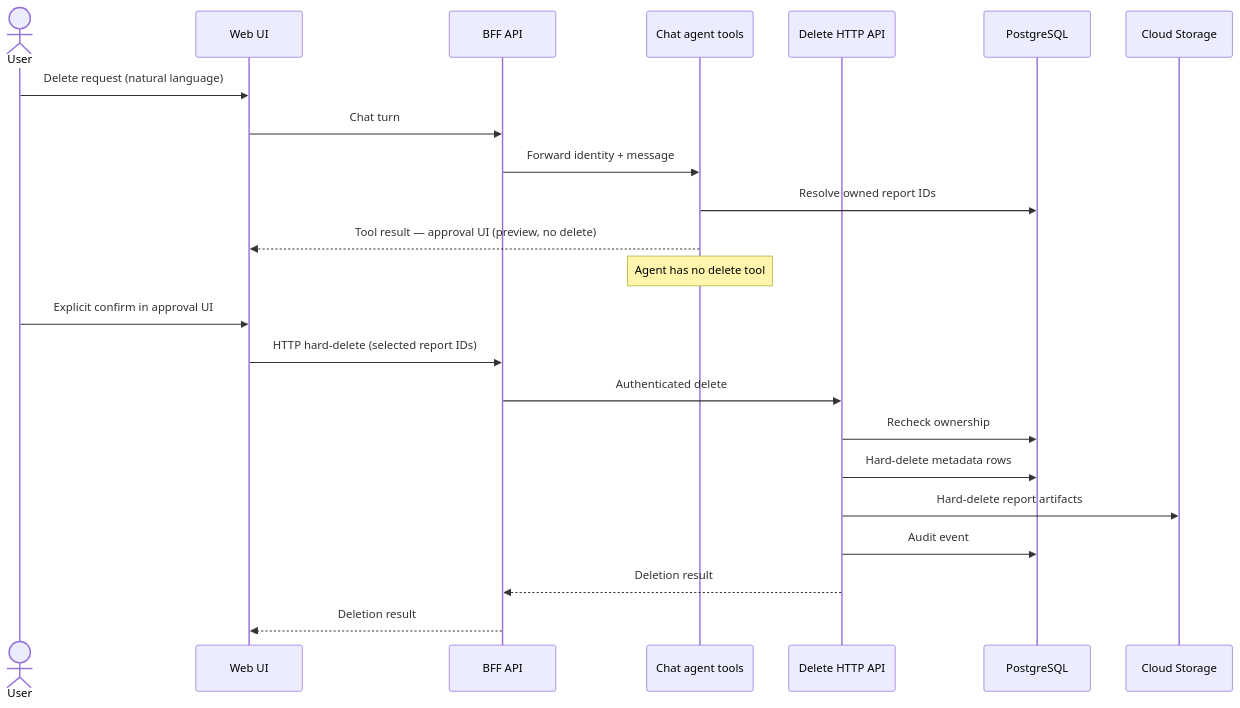
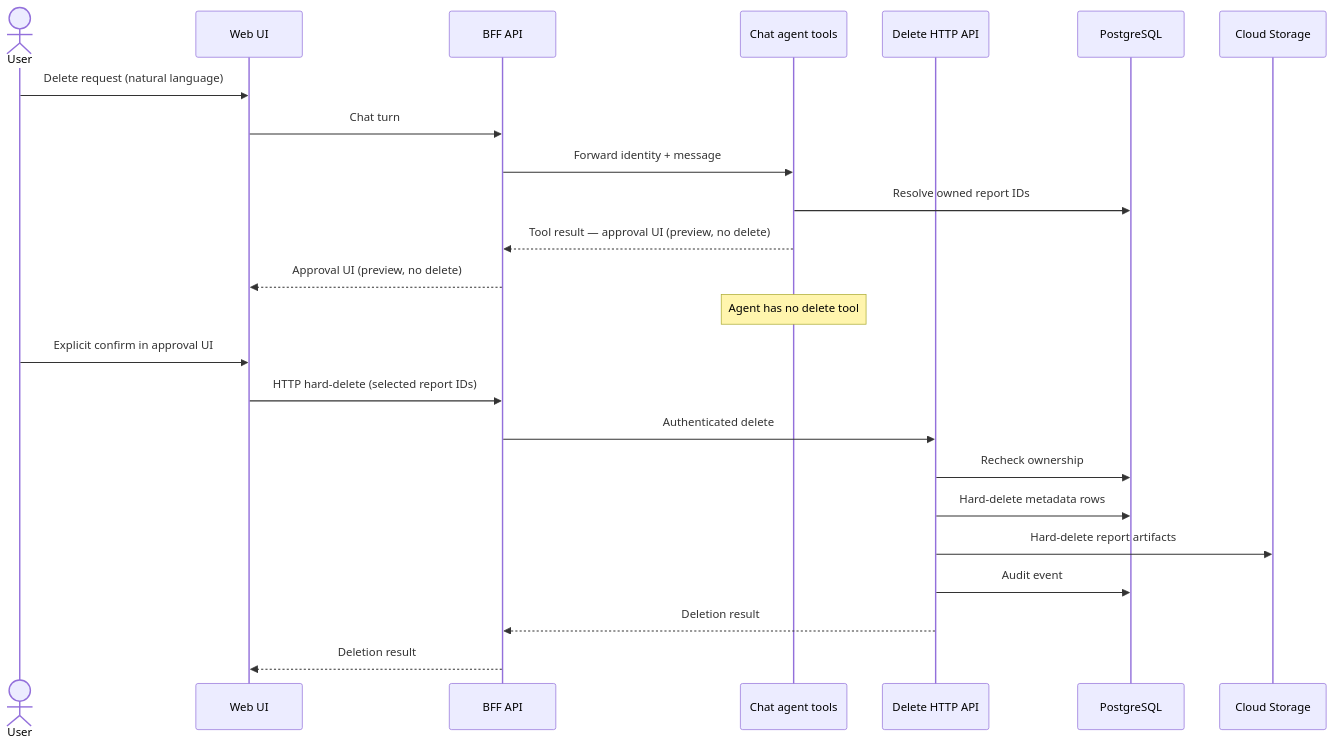
One commit to PiotrJachowicz/opsfleet-assessment changed the second of 5 diagrams in docs/HLD.md. Above: the diagram before and after it, drawn with Mermaid. The commit also changed other lines of this file and 6 other files, not shown here.

````diff
--- a/docs/HLD.md
+++ b/docs/HLD.md
@@ -81,26 +77,27 @@
 ```mermaid
 sequenceDiagram
     actor User
     participant UI as Web UI
     participant BFF as BFF API
     participant Agent as Chat agent tools
     participant API as Delete HTTP API
     participant PG as PostgreSQL
     participant GCS as Cloud Storage
 
     User->>UI: Delete request (natural language)
     UI->>BFF: Chat turn
     BFF->>Agent: Forward identity + message
     Agent->>PG: Resolve owned report IDs
-    Agent-->>UI: Tool result — approval UI (preview, no delete)
+    Agent-->>BFF: Tool result — approval UI (preview, no delete)
+    BFF-->>UI: Approval UI (preview, no delete)
     Note over Agent: Agent has no delete tool
     User->>UI: Explicit confirm in approval UI
     UI->>BFF: HTTP hard-delete (selected report IDs)
     BFF->>API: Authenticated delete
     API->>PG: Recheck ownership
     API->>PG: Hard-delete metadata rows
     API->>GCS: Hard-delete report artifacts
     API->>PG: Audit event
     API-->>BFF: Deletion result
     BFF-->>UI: Deletion result
 ```
````
